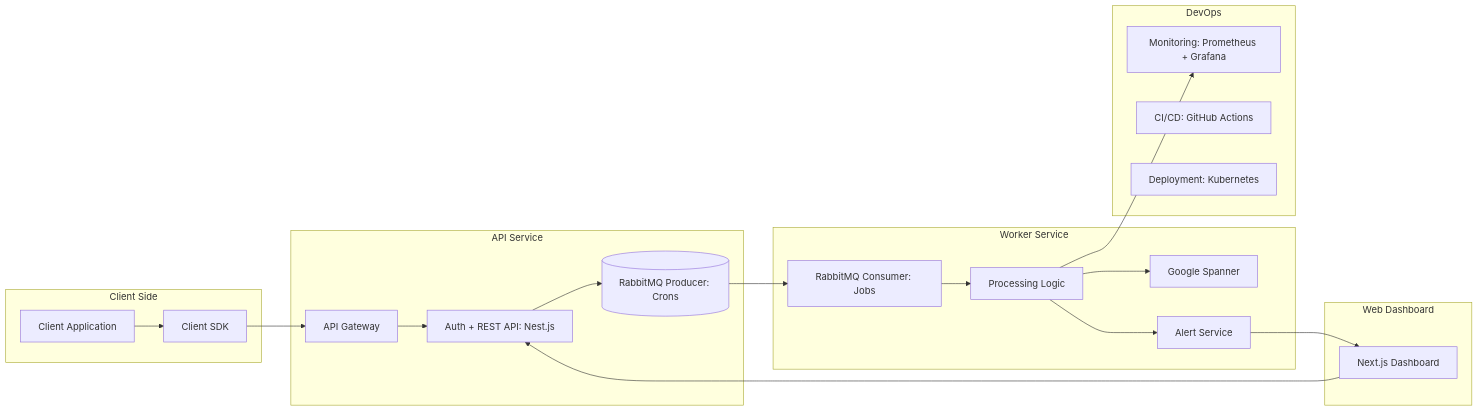
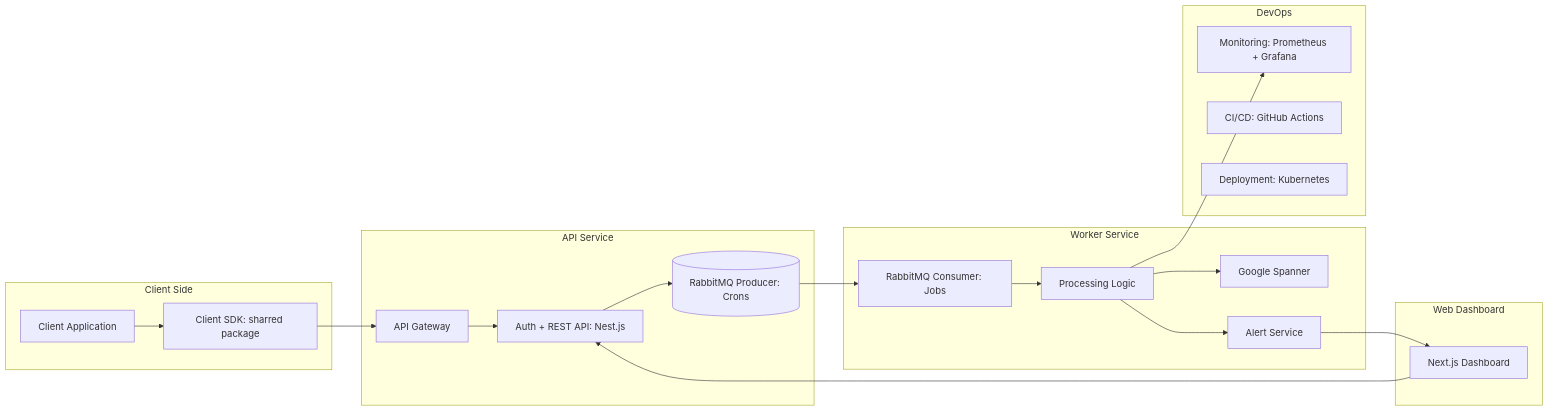
The diagram in README.md (Githi54/dt-test-task), drawn with Mermaid before and after one commit. The commit also changed other lines of this file, not shown here.

````diff
--- a/README.md
+++ b/README.md
@@ -8,43 +8,43 @@
 ```mermaid
 flowchart LR
     %% === Client Side ===
     subgraph CLIENT[Client Side]
         A[Client Application]
-        B[Client SDK]
+        B[Client SDK: sharred package]
     end
 
     %% === API Service ===
     subgraph API[API Service]
         C[API Gateway]
         D[Auth + REST API: Nest.js]
         E[(RabbitMQ Producer: Crons)]
     end
 
     %% === Worker Service ===
     subgraph WORKER[Worker Service]
         F[RabbitMQ Consumer: Jobs]
         G[Processing Logic]
         H[Google Spanner]
         J[Alert Service]
     end
 
     %% === Frontend ===
     subgraph FRONTEND[Web Dashboard]
         K[Next.js Dashboard]
     end
 
     %% === DevOps ===
     subgraph DEVOPS[DevOps]
         L[Monitoring: Prometheus + Grafana]
         M[CI/CD: GitHub Actions]
         N[Deployment: Kubernetes]
     end
 
     %% === Data Flows ===
     A --> B --> C --> D --> E
     E --> F --> G --> H
     G --> J
     K --> D
     J --> K
     G --> L
 ```
````
